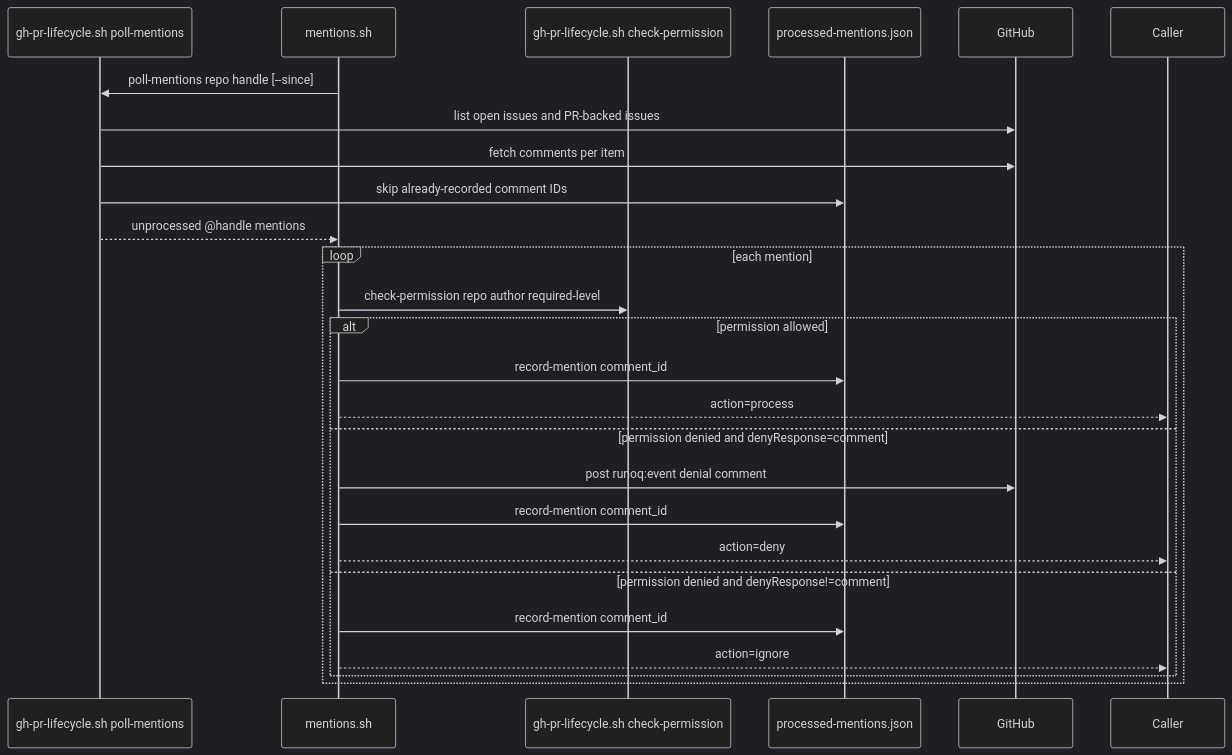
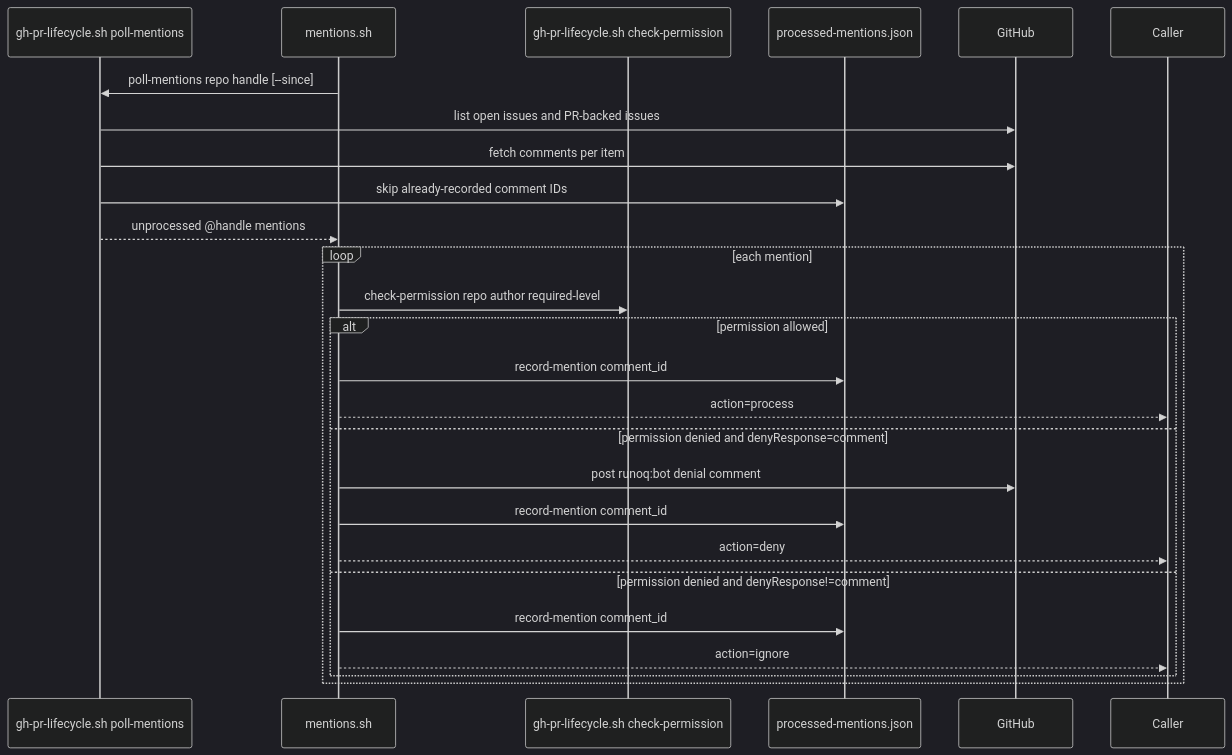
The sixth of 9 diagrams in docs/architecture/flows.md (morhekil/runoq), drawn with Mermaid (dark theme) before and after one commit. The commit also changed other lines of this file and 33 other files, not shown here.

First line of the commit message:
Replace runoq:event markers with runoq:bot, delete event fallback

````diff
--- a/docs/architecture/flows.md
+++ b/docs/architecture/flows.md
@@ -316,28 +316,28 @@
 ```mermaid
 sequenceDiagram
   participant Poll as gh-pr-lifecycle.sh poll-mentions
   participant Mention as mentions.sh
   participant Perm as gh-pr-lifecycle.sh check-permission
   participant State as processed-mentions.json
   participant GH as GitHub
 
   Mention->>Poll: poll-mentions repo handle [--since]
   Poll->>GH: list open issues and PR-backed issues
   Poll->>GH: fetch comments per item
   Poll->>State: skip already-recorded comment IDs
   Poll-->>Mention: unprocessed @handle mentions
   loop each mention
     Mention->>Perm: check-permission repo author required-level
     alt permission allowed
       Mention->>State: record-mention comment_id
       Mention-->>Caller: action=process
     else permission denied and denyResponse=comment
-      Mention->>GH: post runoq:event denial comment
+      Mention->>GH: post runoq:bot denial comment
       Mention->>State: record-mention comment_id
       Mention-->>Caller: action=deny
     else permission denied and denyResponse!=comment
       Mention->>State: record-mention comment_id
       Mention-->>Caller: action=ignore
     end
   end
 ```
````
